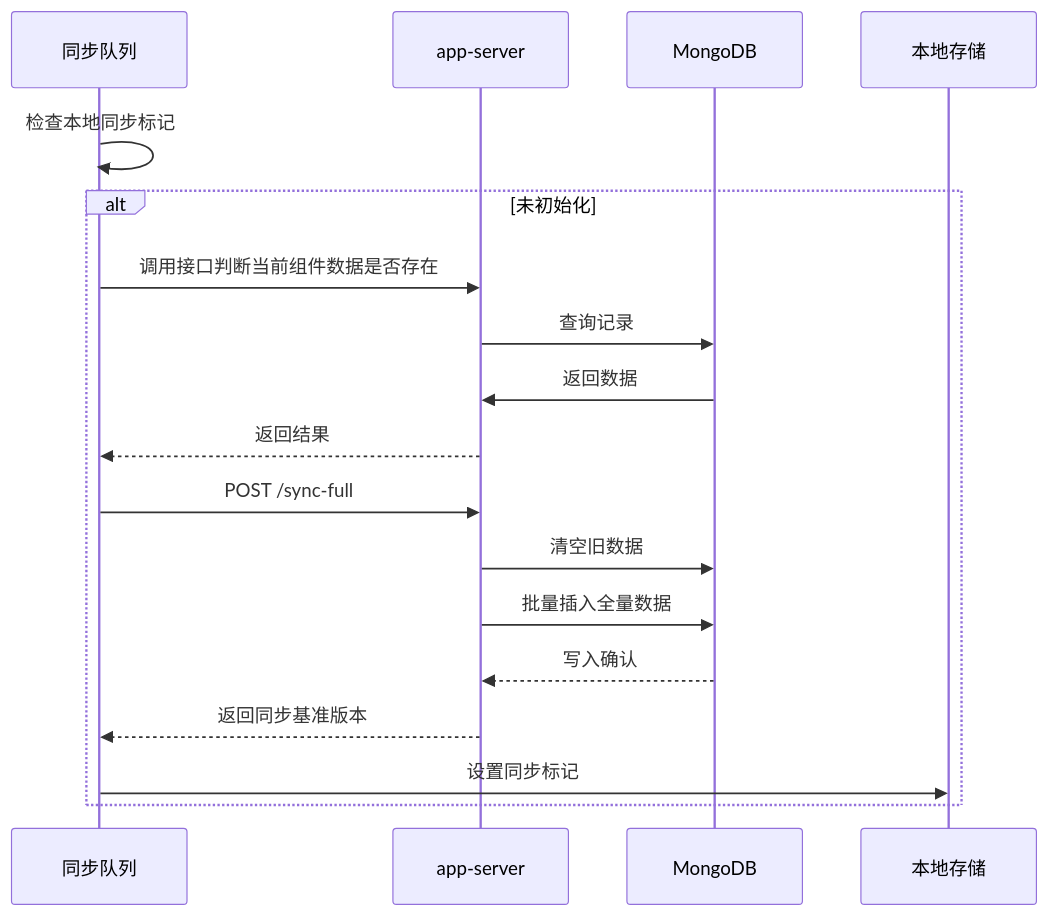
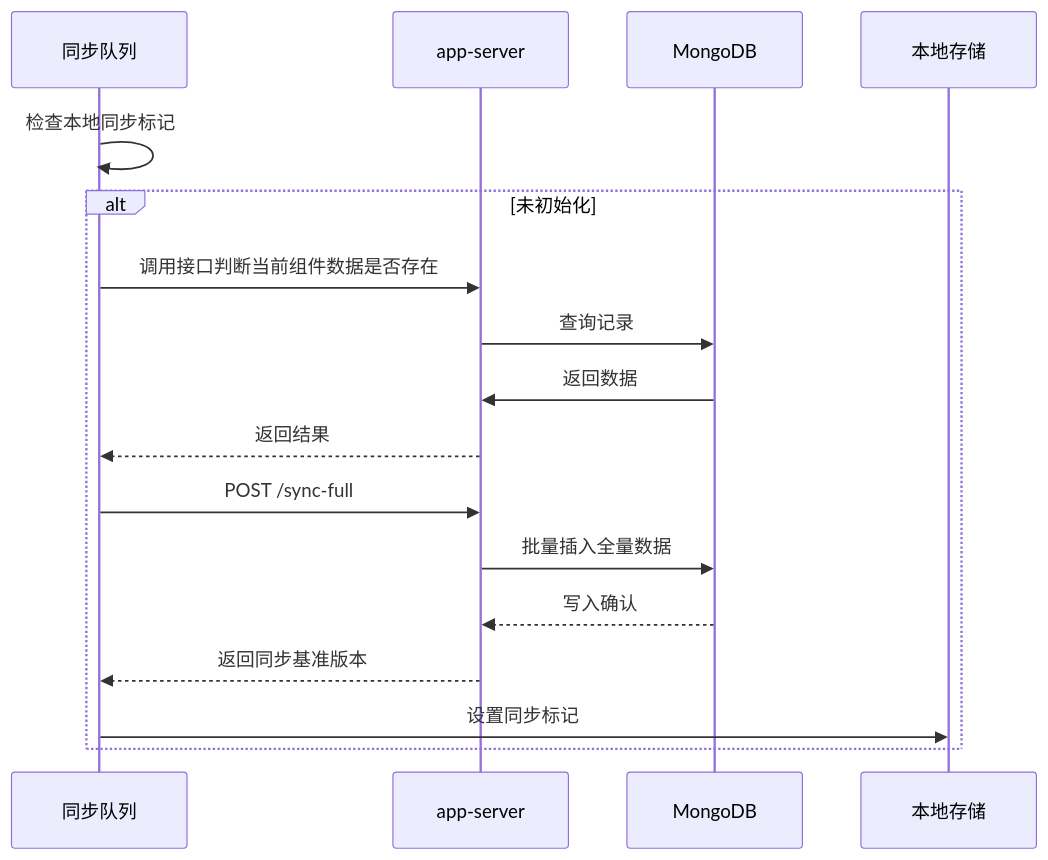
One commit to yingjianzh/iodraw-files changed the diagram in all/未命名-24.md. Above: the diagram before and after it, drawn with Mermaid.

Commit message:
2025-02-21 18:28:14 update

````diff
--- a/all/未命名-24.md
+++ b/all/未命名-24.md
@@ -1,21 +1,20 @@
 ```mermaid
 sequenceDiagram
     participant 同步队列
     participant app-server
     participant MongoDB
 
     同步队列->>同步队列: 检查本地同步标记
     alt 未初始化
         同步队列->>app-server: 调用接口判断当前组件数据是否存在
         app-server->>MongoDB: 查询记录
         MongoDB->>app-server: 返回数据
-    
         app-server-->>同步队列: 返回结果
         同步队列->>app-server: POST /sync-full
-        app-server->>MongoDB: 清空旧数据
+        
         app-server->>MongoDB: 批量插入全量数据
         MongoDB-->>app-server: 写入确认
         app-server-->>同步队列: 返回同步基准版本
         同步队列->>本地存储: 设置同步标记
     end
 ```
````
